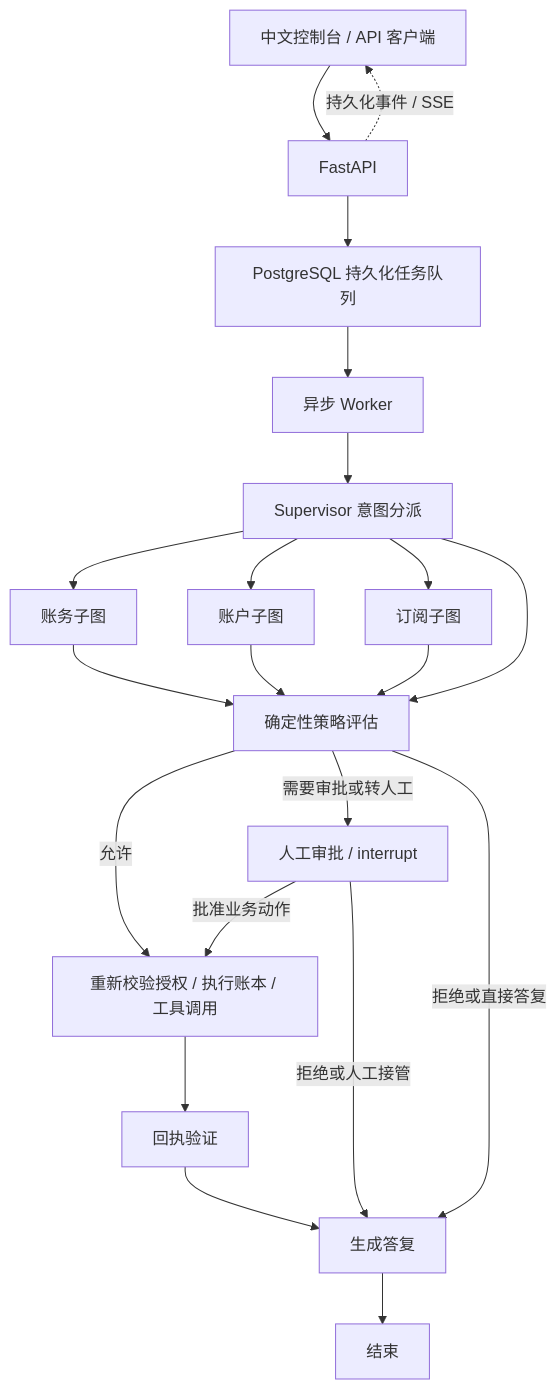
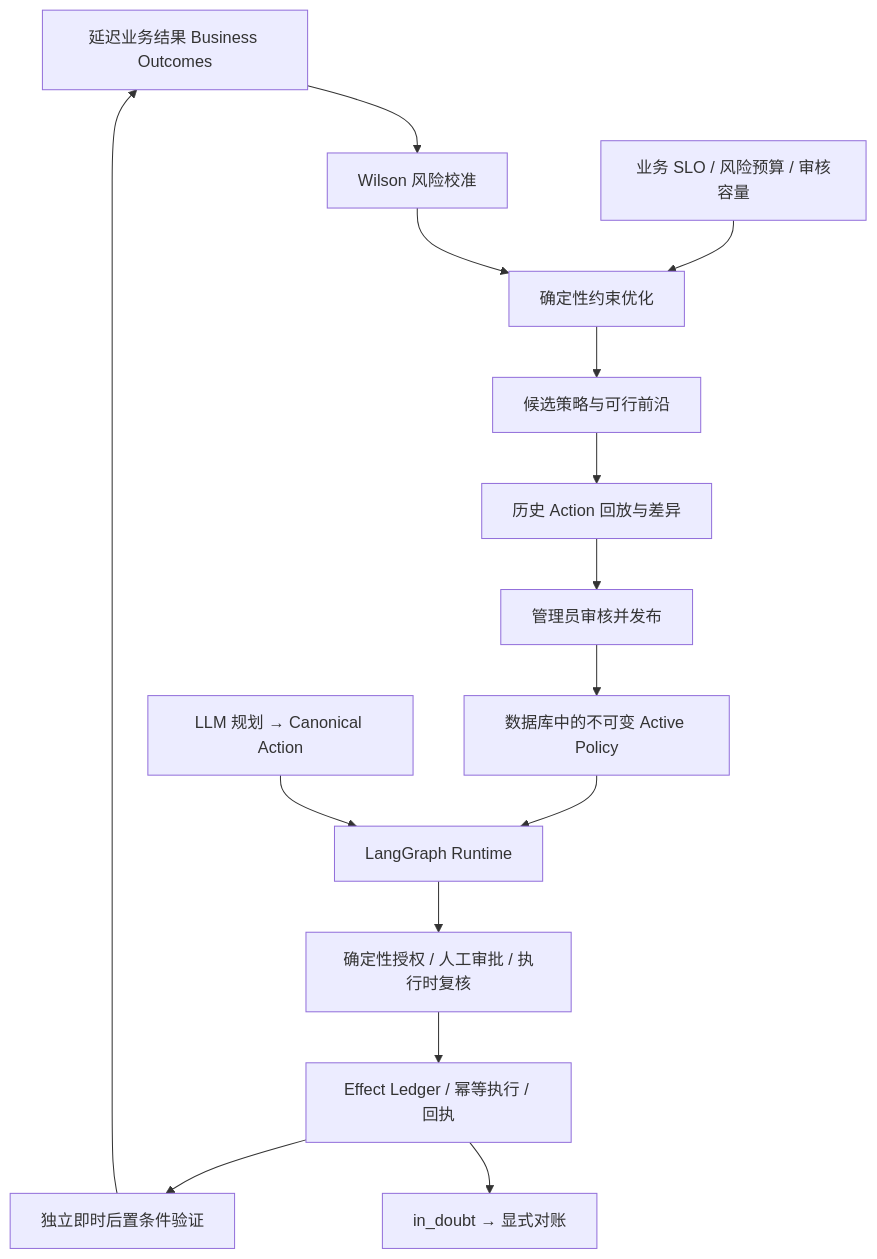
The diagram in README.md (zwww-www/langgraph-production), drawn with Mermaid before and after one commit. The commit also changed other lines of this file and 52 other files, not shown here.

````diff
--- a/README.md
+++ b/README.md
@@ -28,23 +15,17 @@
 ```mermaid
 flowchart TD
-    UI[中文控制台 / API 客户端] --> API[FastAPI]
-    API --> Queue[PostgreSQL 持久化任务队列]
-    Queue --> Worker[异步 Worker]
-    Worker --> Supervisor[Supervisor 意图分派]
-    Supervisor --> Billing[账务子图]
-    Supervisor --> Account[账户子图]
-    Supervisor --> Subscription[订阅子图]
-    Supervisor --> Policy[确定性策略评估]
-    Billing --> Policy
-    Account --> Policy
-    Subscription --> Policy
-    Policy -->|允许| Execute[重新校验授权 / 执行账本 / 工具调用]
-    Policy -->|需要审批或转人工| Approval[人工审批 / interrupt]
-    Policy -->|拒绝或直接答复| Compose[生成答复]
-    Approval -->|批准业务动作| Execute
-    Approval -->|拒绝或人工接管| Compose
-    Execute --> Verify[回执验证]
-    Verify --> Compose
-    Compose --> End[结束]
-    API -.持久化事件 / SSE.-> UI
+    O[延迟业务结果 Business Outcomes] --> C[Wilson 风险校准]
+    S[业务 SLO / 风险预算 / 审核容量] --> P[确定性约束优化]
+    C --> P
+    P --> F[候选策略与可行前沿]
+    F --> B[历史 Action 回放与差异]
+    B --> H[管理员审核并发布]
+    H --> A[数据库中的不可变 Active Policy]
+    A --> R[LangGraph Runtime]
+    L[LLM 规划 → Canonical Action] --> R
+    R --> G[确定性授权 / 人工审批 / 执行时复核]
+    G --> E[Effect Ledger / 幂等执行 / 回执]
+    E --> V[独立即时后置条件验证]
+    V --> O
+    E --> Q[in_doubt → 显式对账]
 ```
````
